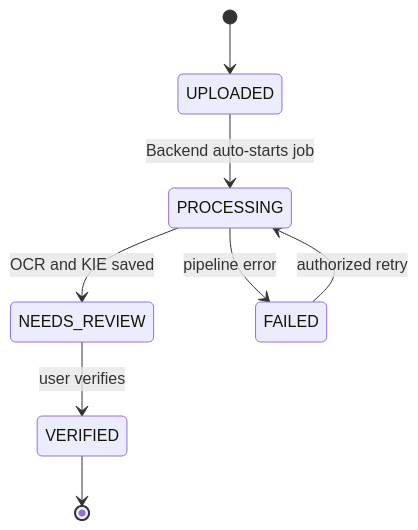
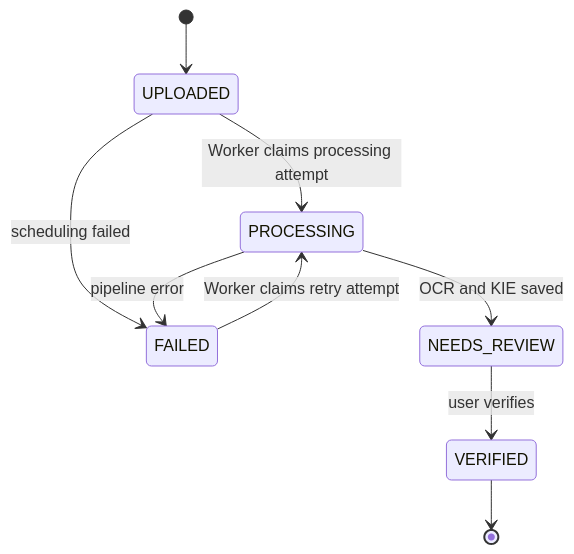
Before and after one commit to vietreceipt-team/vietreceipt: the diagram in docs/receipt-state-machine.md, drawn with Mermaid. The commit also changed other lines of this file and 6 other files, not shown here.

````diff
--- a/docs/receipt-state-machine.md
+++ b/docs/receipt-state-machine.md
@@ -19,10 +19,11 @@
 ```mermaid
 stateDiagram-v2
     [*] --> UPLOADED
-    UPLOADED --> PROCESSING: Backend auto-starts job
+    UPLOADED --> PROCESSING: Worker claims processing attempt
+    UPLOADED --> FAILED: scheduling failed
     PROCESSING --> NEEDS_REVIEW: OCR and KIE saved
     PROCESSING --> FAILED: pipeline error
-    FAILED --> PROCESSING: authorized retry
+    FAILED --> PROCESSING: Worker claims retry attempt
     NEEDS_REVIEW --> VERIFIED: user verifies
     VERIFIED --> [*]
 ```
````
